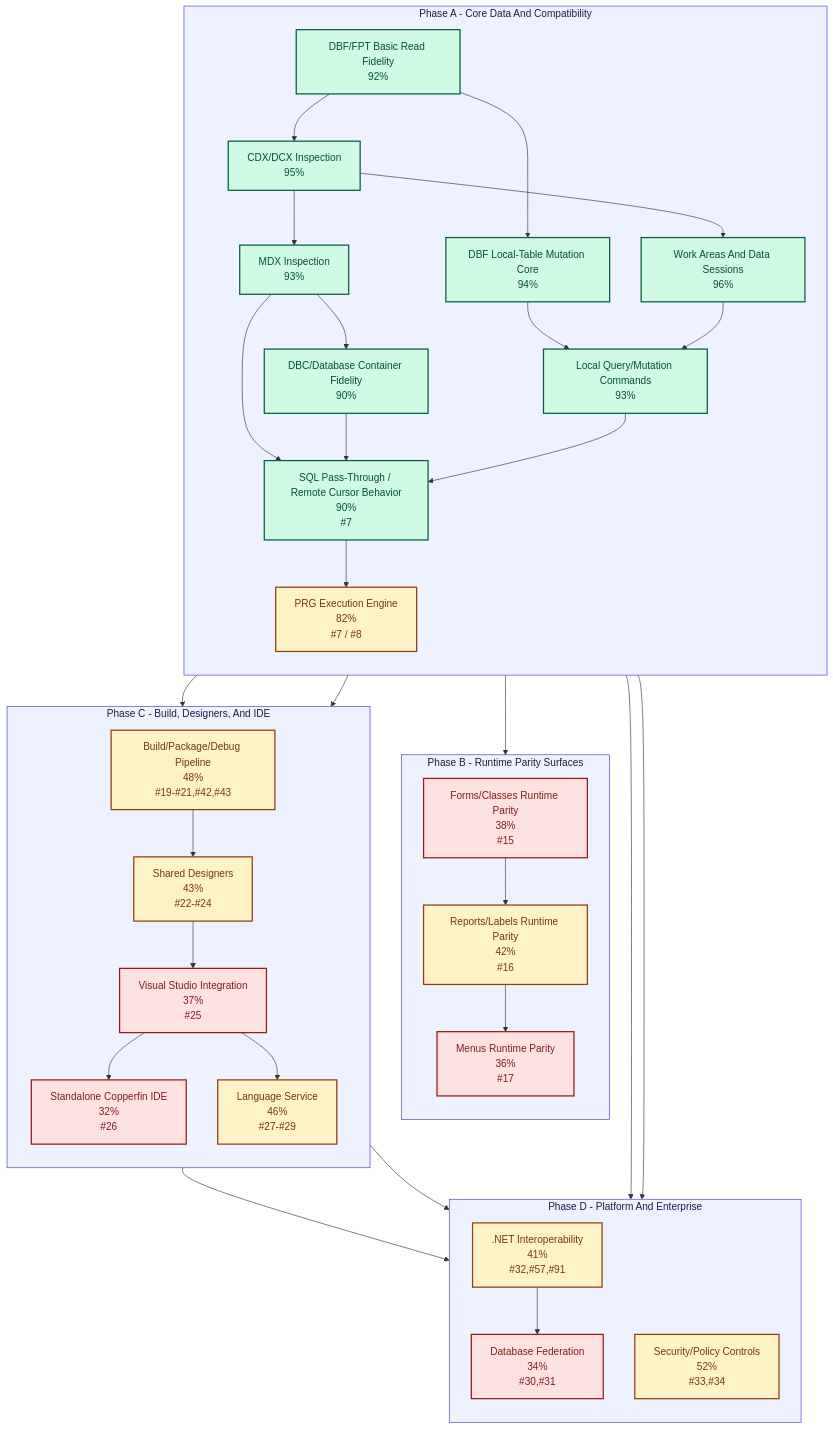
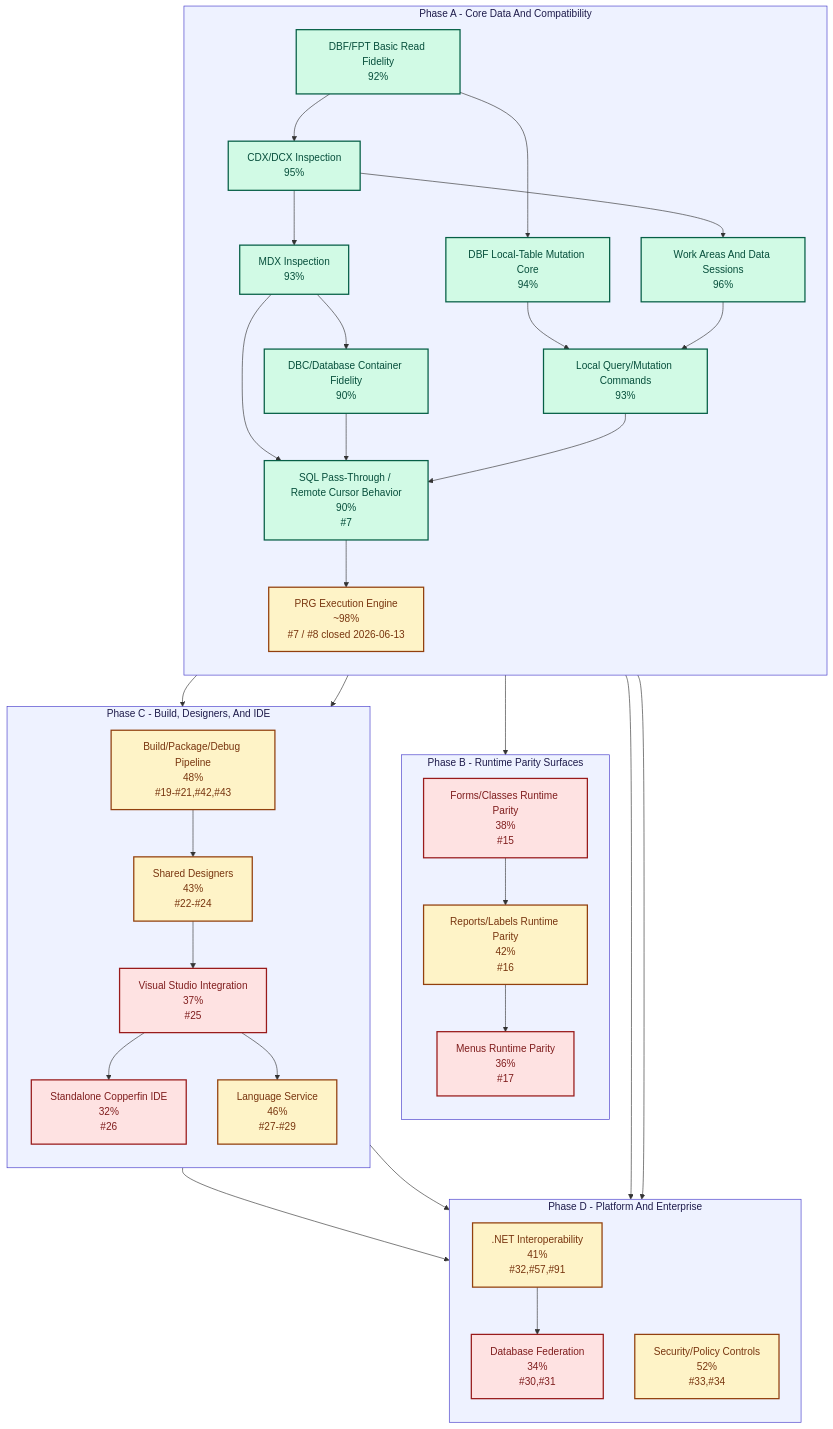
Before and after one commit to rhamenator/Project-Copperfin: the first of 2 diagrams in remaining-work.md, drawn with Mermaid. The commit also changed other lines of this file and 2 other files, not shown here.

````diff
--- a/remaining-work.md
+++ b/remaining-work.md
@@ -264,67 +263,67 @@
 ```mermaid
 flowchart TD
     classDef green fill:#d1fae5,stroke:#065f46,stroke-width:2px,color:#064e3b;
     classDef amber fill:#fef3c7,stroke:#92400e,stroke-width:2px,color:#78350f;
     classDef red fill:#fee2e2,stroke:#991b1b,stroke-width:2px,color:#7f1d1d;
     classDef lane fill:#eef2ff,stroke:#4338ca,stroke-width:1px,color:#1e1b4b;
 
     subgraph PA[Phase A - Core Data And Compatibility]
         direction TB
         A1["DBF/FPT Basic Read Fidelity<br/>92%"]
         A2["DBF Local-Table Mutation Core<br/>94%"]
         A3["CDX/DCX Inspection<br/>95%"]
         A4["MDX Inspection<br/>93%"]
         A5["DBC/Database Container Fidelity<br/>90%"]
         A6["Work Areas And Data Sessions<br/>96%"]
         A7["Local Query/Mutation Commands<br/>93%"]
         A8["SQL Pass-Through / Remote Cursor Behavior<br/>90%<br/>#7"]
-        A9["PRG Execution Engine<br/>82%<br/>#7 / #8"]
+        A9["PRG Execution Engine<br/>~98%<br/>#7 / #8 closed 2026-06-13"]
     end
 
     subgraph PB[Phase B - Runtime Parity Surfaces]
         direction TB
         B1["Forms/Classes Runtime Parity<br/>38%<br/>#15"]
         B2["Reports/Labels Runtime Parity<br/>42%<br/>#16"]
         B3["Menus Runtime Parity<br/>36%<br/>#17"]
     end
 
     subgraph PC[Phase C - Build, Designers, And IDE]
         direction TB
         C1["Build/Package/Debug Pipeline<br/>48%<br/>#19-#21,#42,#43"]
         C2["Shared Designers<br/>43%<br/>#22-#24"]
         C3["Visual Studio Integration<br/>37%<br/>#25"]
         C4["Standalone Copperfin IDE<br/>32%<br/>#26"]
         C5["Language Service<br/>46%<br/>#27-#29"]
     end
 
     subgraph PD[Phase D - Platform And Enterprise]
         direction TB
         D1[".NET Interoperability<br/>41%<br/>#32,#57,#91"]
         D2["Database Federation<br/>34%<br/>#30,#31"]
         D3["Security/Policy Controls<br/>52%<br/>#33,#34"]
     end
 
     A1 --> A2
     A1 --> A3 --> A4 --> A5
     A2 --> A7
     A3 --> A6
     A4 --> A8
     A5 --> A8
     A6 --> A7 --> A8 --> A9
 
     A9 --> B1 --> B2 --> B3
     A9 --> C1 --> C2
     C2 --> C3 --> C4
     A9 --> C5
     C3 --> C5
 
     A9 --> D1 --> D2
     A9 --> D3
     C1 --> D1
     C3 --> D3
 
     class A1,A2,A3,A4,A5,A6,A7,A8 green;
     class A9,B2,C1,C2,C5,D1,D3 amber;
     class B1,B3,C3,C4,D2 red;
     class PA,PB,PC,PD lane;
 ```
````
